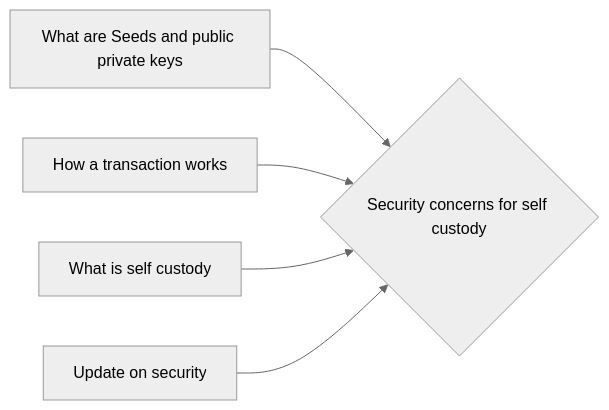
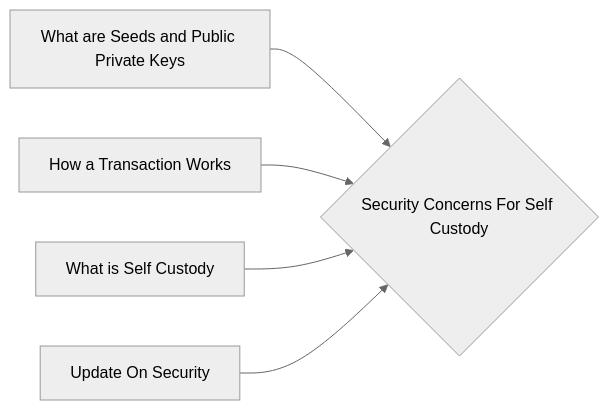
One commit to lpurdy01/crypto-knowledge-map changed the diagram in notes/Security_Concerns_For_Self_Custody.md. Above: the diagram before and after it, drawn with Mermaid (neutral theme). The commit also changed 50 other files, not shown here.

````diff
--- a/notes/Security_Concerns_For_Self_Custody.md
+++ b/notes/Security_Concerns_For_Self_Custody.md
@@ -15,7 +15,7 @@
 ```mermaid
 graph LR
-1["What are Seeds and public private keys"]-->0{"Security concerns for self custody"}
-2["How a transaction works"]-->0{"Security concerns for self custody"}
-3["What is self custody"]-->0{"Security concerns for self custody"}
-4["Update on security"]-->0{"Security concerns for self custody"}
+1["What are Seeds and Public Private Keys"]-->0{"Security Concerns For Self Custody"}
+2["How a Transaction Works"]-->0{"Security Concerns For Self Custody"}
+3["What is Self Custody"]-->0{"Security Concerns For Self Custody"}
+4["Update On Security"]-->0{"Security Concerns For Self Custody"}
 ```
````
